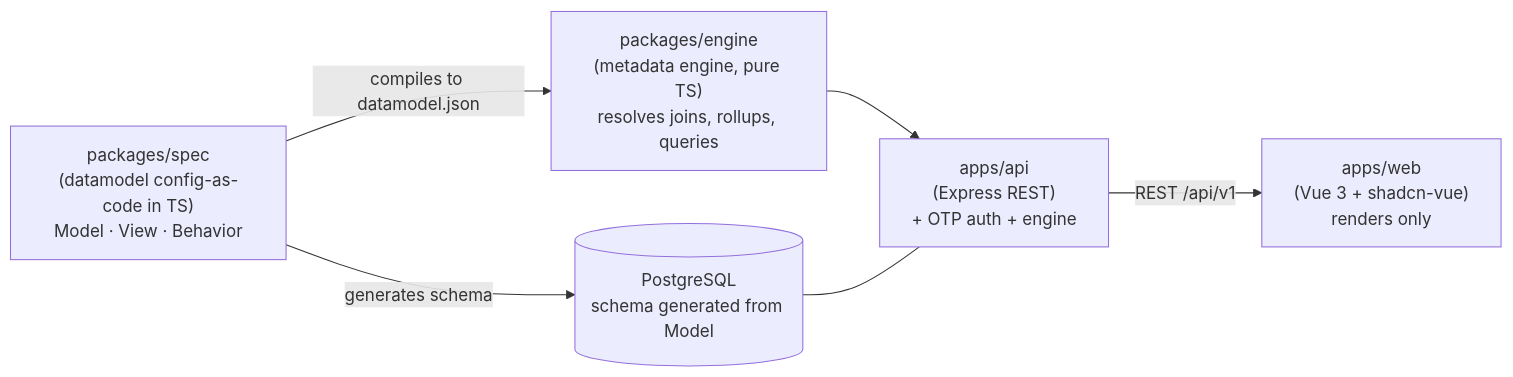
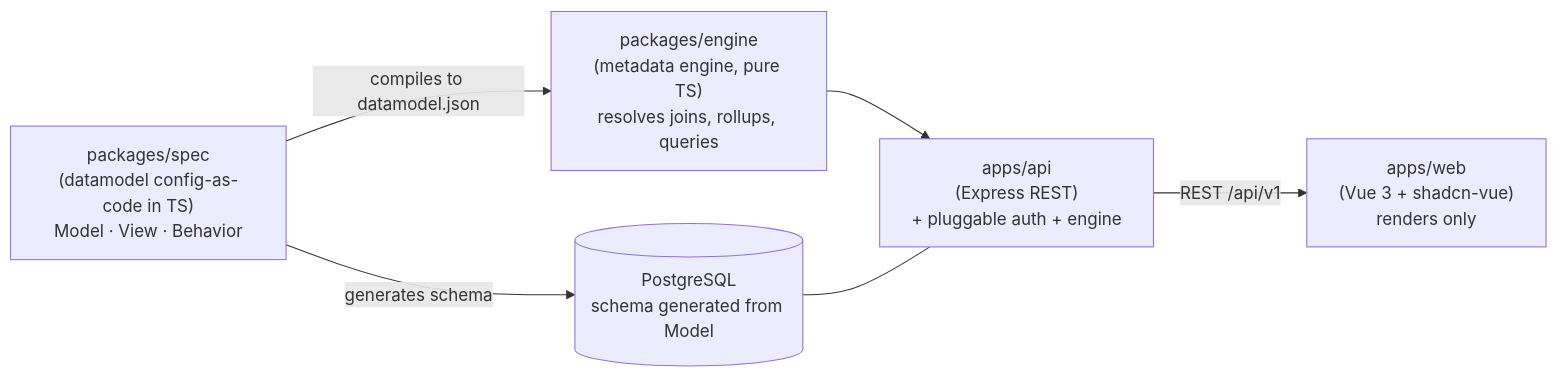
One commit to BOVArafa/EDQMS changed the diagram in docs/wiki/Architecture-Overview.md. Above: the diagram before and after it, drawn with Mermaid. The commit also changed other lines of this file and 13 other files, not shown here.

````diff
--- a/docs/wiki/Architecture-Overview.md
+++ b/docs/wiki/Architecture-Overview.md
@@ -9,14 +9,14 @@
 ```mermaid
 flowchart LR
     SPEC["packages/spec\n(datamodel config-as-code in TS)\nModel · View · Behavior"]
     ENGINE["packages/engine\n(metadata engine, pure TS)\nresolves joins, rollups, queries"]
-    API["apps/api\n(Express REST)\n+ OTP auth + engine"]
+    API["apps/api\n(Express REST)\n+ pluggable auth + engine"]
     DB[("PostgreSQL\nschema generated from Model")]
     WEB["apps/web\n(Vue 3 + shadcn-vue)\nrenders only"]
 
     SPEC -->|compiles to datamodel.json| ENGINE
     SPEC -->|generates schema| DB
     ENGINE --> API
     DB --- API
     API -->|REST /api/v1| WEB
 ```
````
